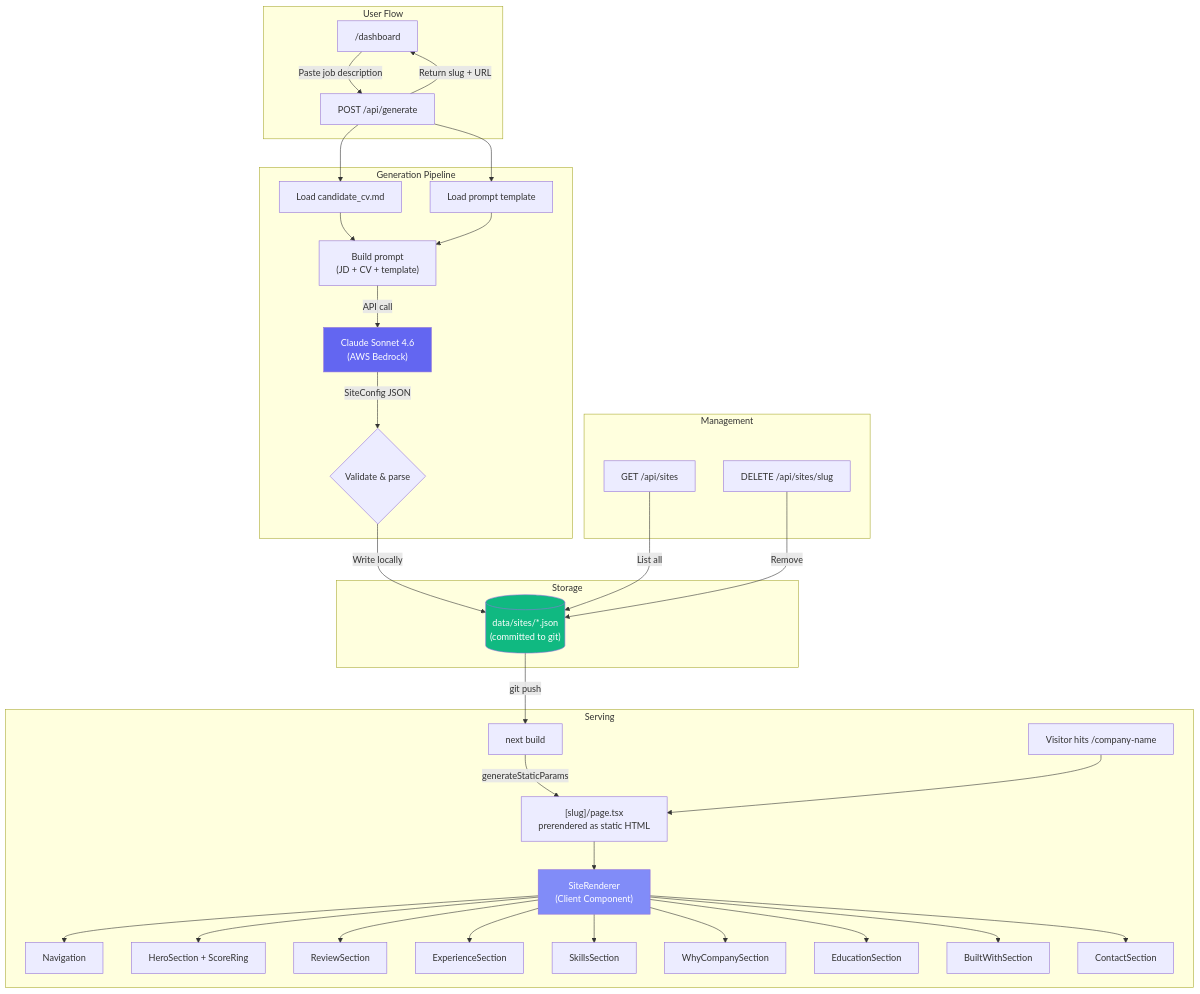
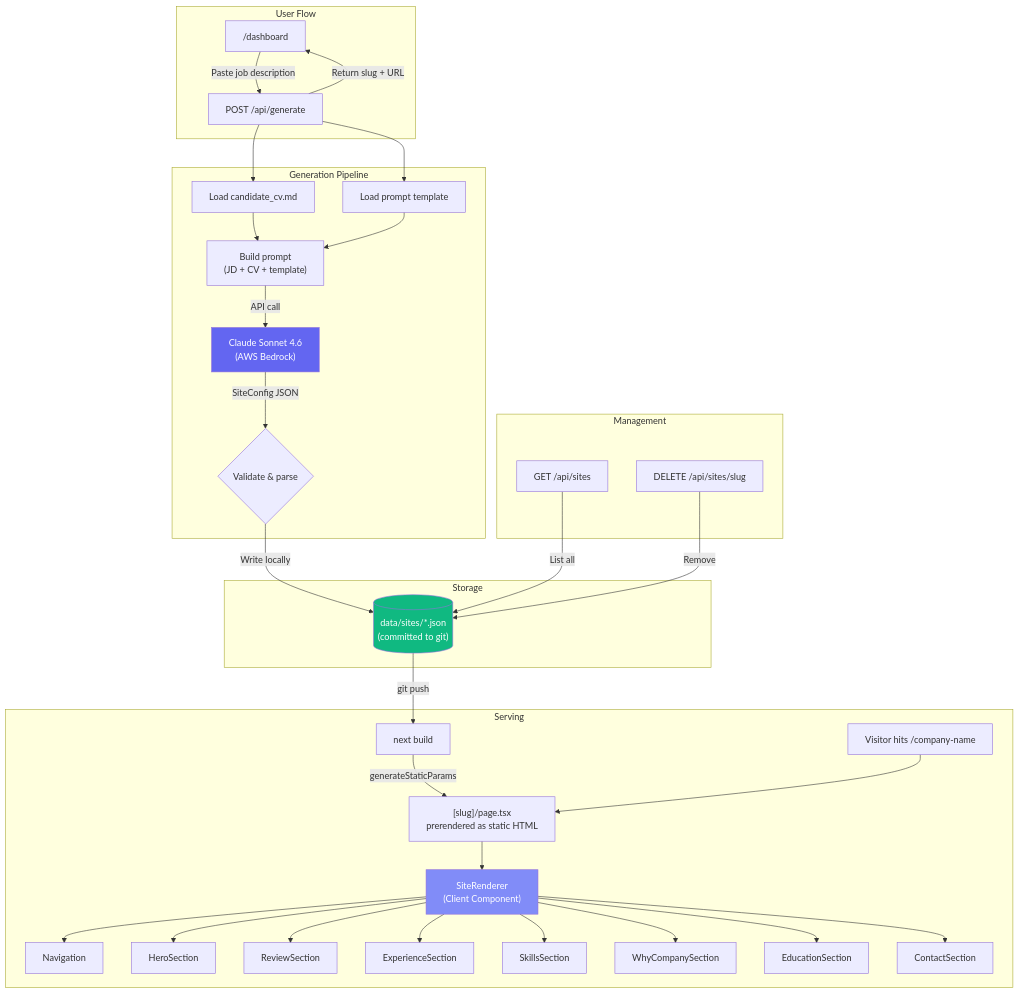
Before and after one commit to priyankaveerabhadrappa/website_generator: the diagram in README.md, drawn with Mermaid. The commit also changed other lines of this file and 8 other files, not shown here.

````diff
--- a/README.md
+++ b/README.md
@@ -29,45 +28,44 @@
 ```mermaid
 flowchart TB
     subgraph User Flow
         A["/dashboard"] -->|Paste job description| B["POST /api/generate"]
     end
 
     subgraph Generation Pipeline
         B --> C["Load candidate_cv.md"]
         B --> D["Load prompt template"]
         C & D --> E["Build prompt\n(JD + CV + template)"]
         E -->|API call| F["Claude Sonnet 4.6\n(AWS Bedrock)"]
         F -->|SiteConfig JSON| G{Validate & parse}
     end
 
     subgraph Storage
         G -->|Write locally| H[("data/sites/*.json\n(committed to git)")]
     end
 
     subgraph Serving
         H -->|git push| I["next build"]
         I -->|generateStaticParams| K["[slug]/page.tsx\nprerendered as static HTML"]
         J["Visitor hits /company-name"] --> K
         K --> L["SiteRenderer\n(Client Component)"]
         L --> M["Navigation"]
-        L --> N["HeroSection + ScoreRing"]
+        L --> N["HeroSection"]
         L --> O["ReviewSection"]
         L --> P["ExperienceSection"]
         L --> Q["SkillsSection"]
         L --> R["WhyCompanySection"]
         L --> S["EducationSection"]
-        L --> T["BuiltWithSection"]
         L --> U["ContactSection"]
     end
 
     subgraph Management
         V["GET /api/sites"] -->|List all| H
         W["DELETE /api/sites/slug"] -->|Remove| H
     end
 
     B -->|Return slug + URL| A
 
     style F fill:#6366f1,color:#fff
     style H fill:#10b981,color:#fff
     style L fill:#818cf8,color:#fff
 ```
````
